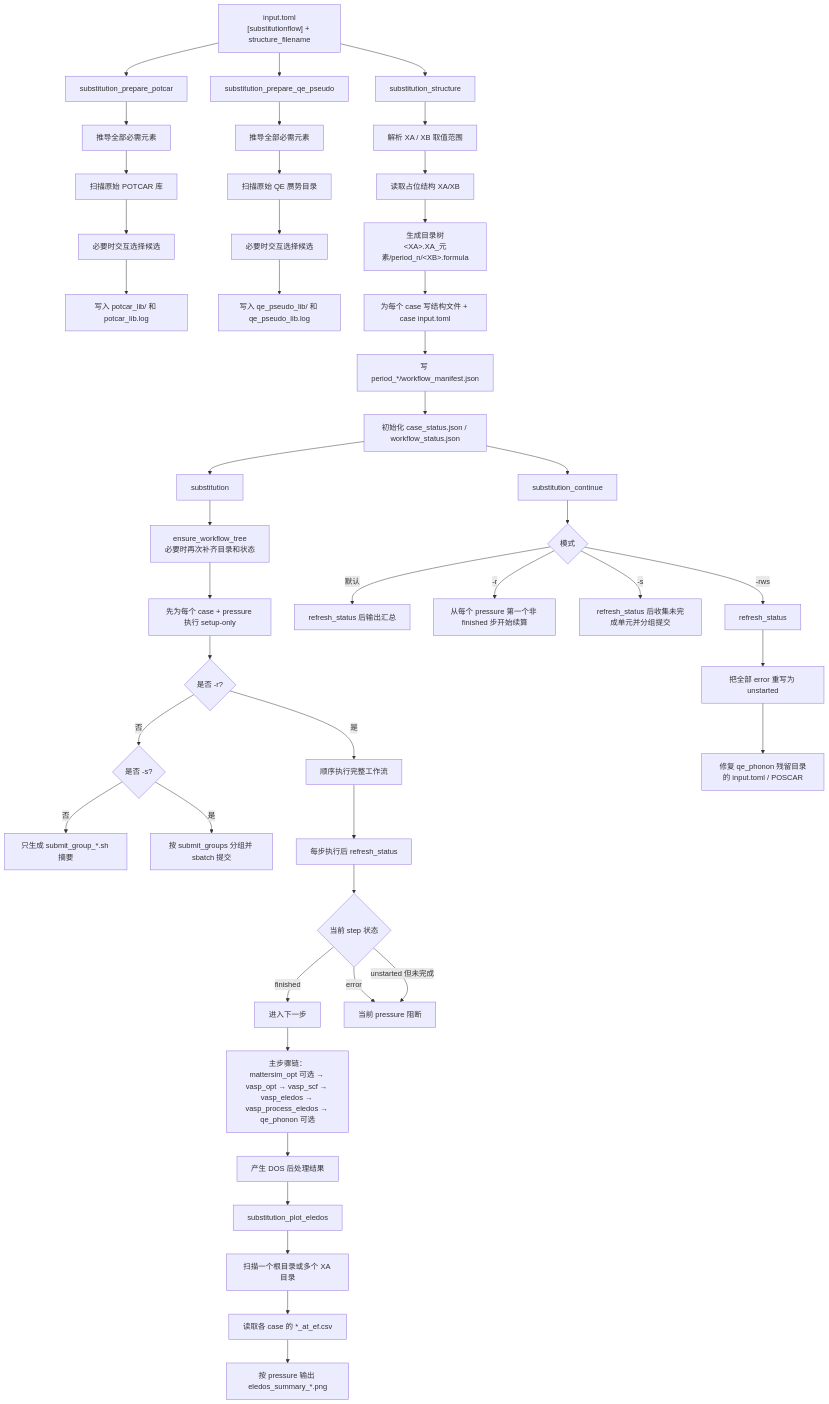
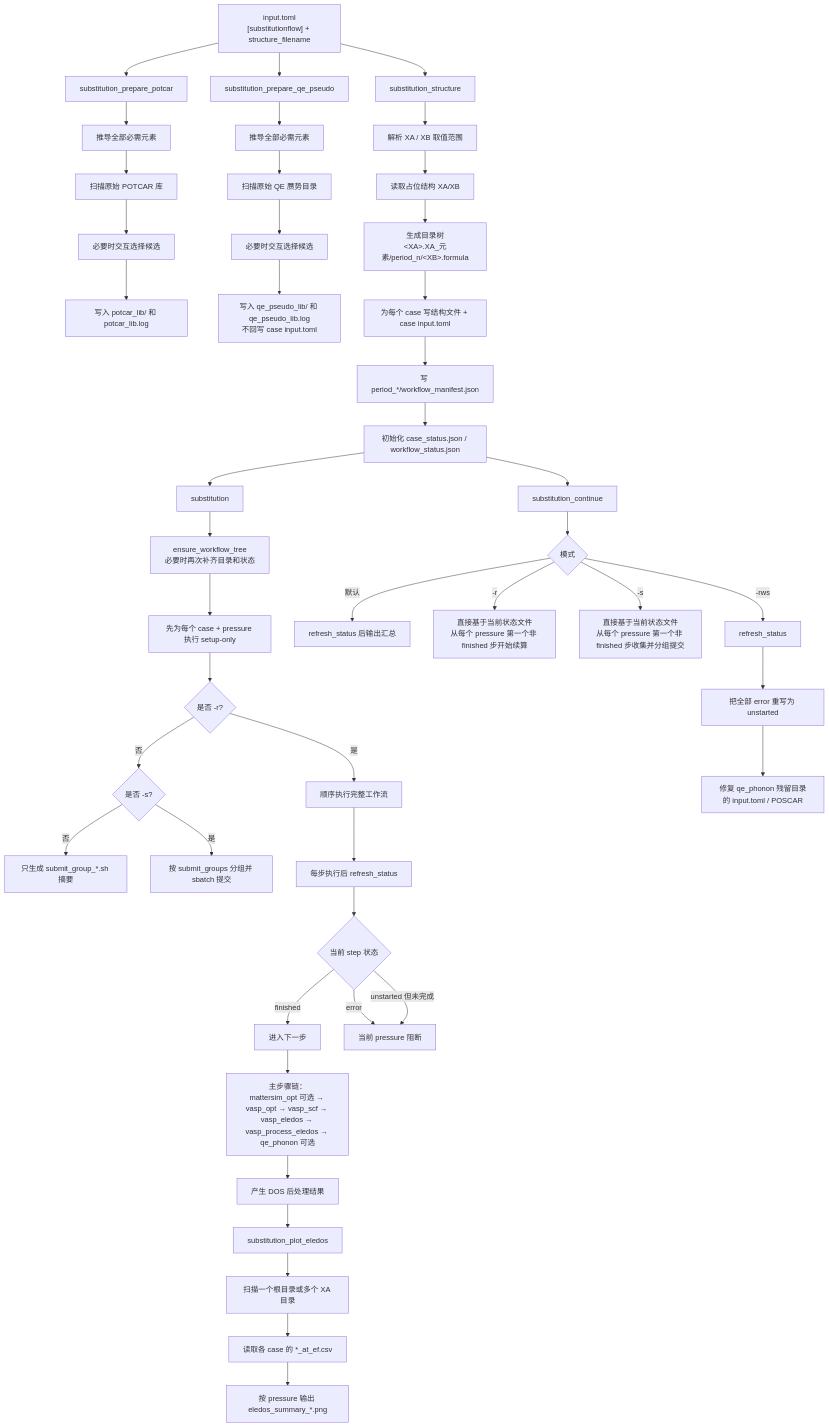
One commit to JLU-ICCMS-MaYuan/dftflow changed the diagram in substitutionflow/substitutionflow-cli-flow.mmd. Above: the diagram before and after it, drawn with Mermaid.

Commit message:
[2026-04-25 23:45:27] 文档：同步 substitutionflow 流程图

```diff
--- a/substitutionflow/substitutionflow-cli-flow.mmd
+++ b/substitutionflow/substitutionflow-cli-flow.mmd
@@ -1,56 +1,56 @@
 ---
 id: 61c1c106-7cba-4135-88e9-749bc5ab8a44
 ---
 flowchart TD
     A["input.toml<br/>[substitutionflow] + structure_filename"] --> B["substitution_structure"]
     A --> C["substitution_prepare_potcar"]
     A --> D["substitution_prepare_qe_pseudo"]
 
     C --> C1["推导全部必需元素"]
     C1 --> C2["扫描原始 POTCAR 库"]
     C2 --> C3["必要时交互选择候选"]
     C3 --> C4["写入 potcar_lib/ 和 potcar_lib.log"]
 
     D --> D1["推导全部必需元素"]
     D1 --> D2["扫描原始 QE 赝势目录"]
     D2 --> D3["必要时交互选择候选"]
-    D3 --> D4["写入 qe_pseudo_lib/ 和 qe_pseudo_lib.log"]
+    D3 --> D4["写入 qe_pseudo_lib/ 和 qe_pseudo_lib.log<br/>不回写 case input.toml"]
 
     B --> B1["解析 XA / XB 取值范围"]
     B1 --> B2["读取占位结构 XA/XB"]
     B2 --> B3["生成目录树<br/>&lt;XA&gt;.XA_元素/period_n/&lt;XB&gt;.formula"]
     B3 --> B4["为每个 case 写结构文件 + case input.toml"]
     B4 --> B5["写 period_*/workflow_manifest.json"]
     B5 --> B6["初始化 case_status.json / workflow_status.json"]
 
     B6 --> E["substitution"]
 
     E --> E1["ensure_workflow_tree<br/>必要时再次补齐目录和状态"]
     E1 --> E2["先为每个 case + pressure 执行 setup-only"]
     E2 --> E3{"是否 -r?"}
     E3 -->|否| E4{"是否 -s?"}
     E3 -->|是| F["顺序执行完整工作流"]
     E4 -->|否| E5["只生成 submit_group_*.sh 摘要"]
     E4 -->|是| E6["按 submit_groups 分组并 sbatch 提交"]
 
     F --> F1["每步执行后 refresh_status"]
     F1 --> F2{"当前 step 状态"}
     F2 -->|finished| F3["进入下一步"]
     F2 -->|error| F4["当前 pressure 阻断"]
     F2 -->|unstarted 但未完成| F4
     F3 --> F5["主步骤链：<br/>mattersim_opt 可选 → vasp_opt → vasp_scf → vasp_eledos → vasp_process_eledos → qe_phonon 可选"]
 
     B6 --> G["substitution_continue"]
     G --> G1{"模式"}
     G1 -->|默认| G2["refresh_status 后输出汇总"]
-    G1 -->| -r | G3["从每个 pressure 第一个非 finished 步开始续算"]
-    G1 -->| -s | G4["refresh_status 后收集未完成单元并分组提交"]
+    G1 -->| -r | G3["直接基于当前状态文件<br/>从每个 pressure 第一个非 finished 步开始续算"]
+    G1 -->| -s | G4["直接基于当前状态文件<br/>从每个 pressure 第一个非 finished 步收集并分组提交"]
     G1 -->| -rws | G5["refresh_status"]
     G5 --> G6["把全部 error 重写为 unstarted"]
     G6 --> G7["修复 qe_phonon 残留目录的 input.toml / POSCAR"]
 
     F5 --> H["产生 DOS 后处理结果"]
     H --> I["substitution_plot_eledos"]
     I --> I1["扫描一个根目录或多个 XA 目录"]
     I1 --> I2["读取各 case 的 *_at_ef.csv"]
     I2 --> I3["按 pressure 输出 eledos_summary_*.png"]
```
